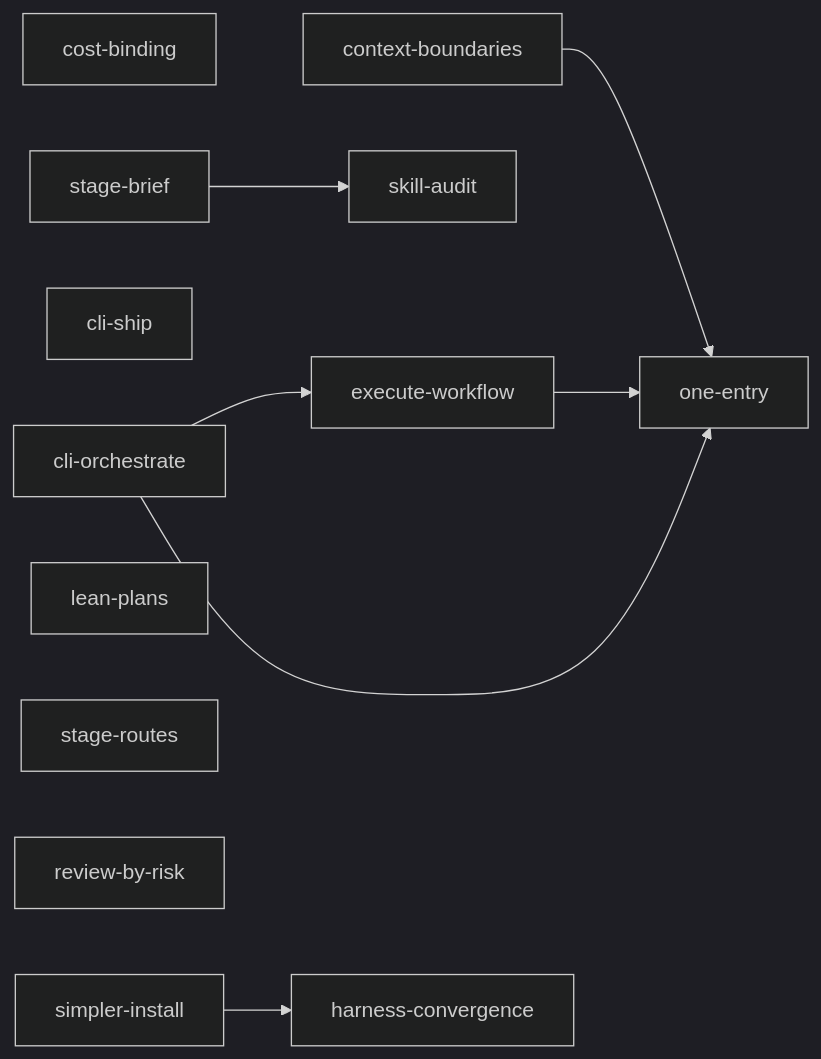
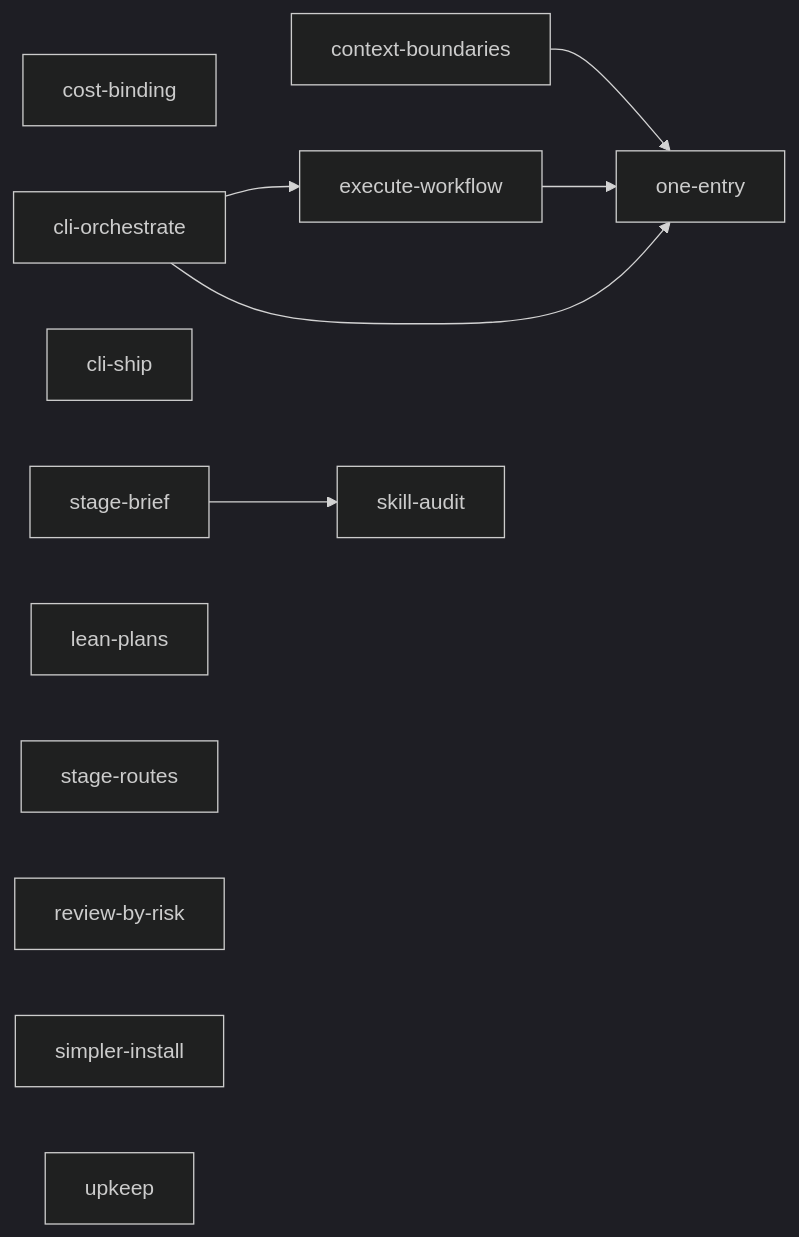
Before and after one commit to giangdhwhtbr/gin-workflow: the diagram in .planning/roadmap.md, drawn with Mermaid (dark theme). The commit also changed other lines of this file, not shown here.

First line of the commit message:
docs(roadmap): Claude Code only, an upkeep epic, harness convergence deferred

````diff
--- a/.planning/roadmap.md
+++ b/.planning/roadmap.md
@@ -65,14 +67,15 @@
 ```mermaid
 flowchart LR
     CB[cost-binding]
     CX[context-boundaries] --> OE[one-entry]
     CO[cli-orchestrate] --> EW[execute-workflow]
     CO --> OE
     EW --> OE
     CS[cli-ship]
     SB[stage-brief] --> SA[skill-audit]
     LP[lean-plans]
     SR[stage-routes]
     RR[review-by-risk]
-    SI[simpler-install] --> HC[harness-convergence]
+    SI[simpler-install]
+    UP[upkeep]
 ```
````
